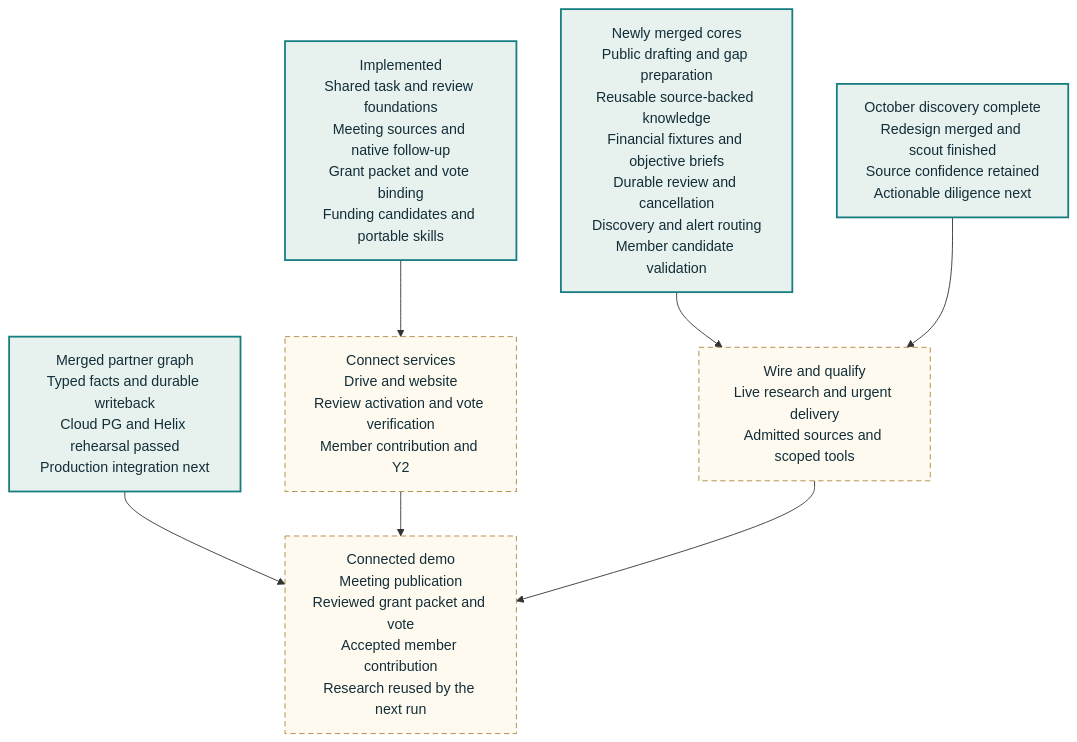
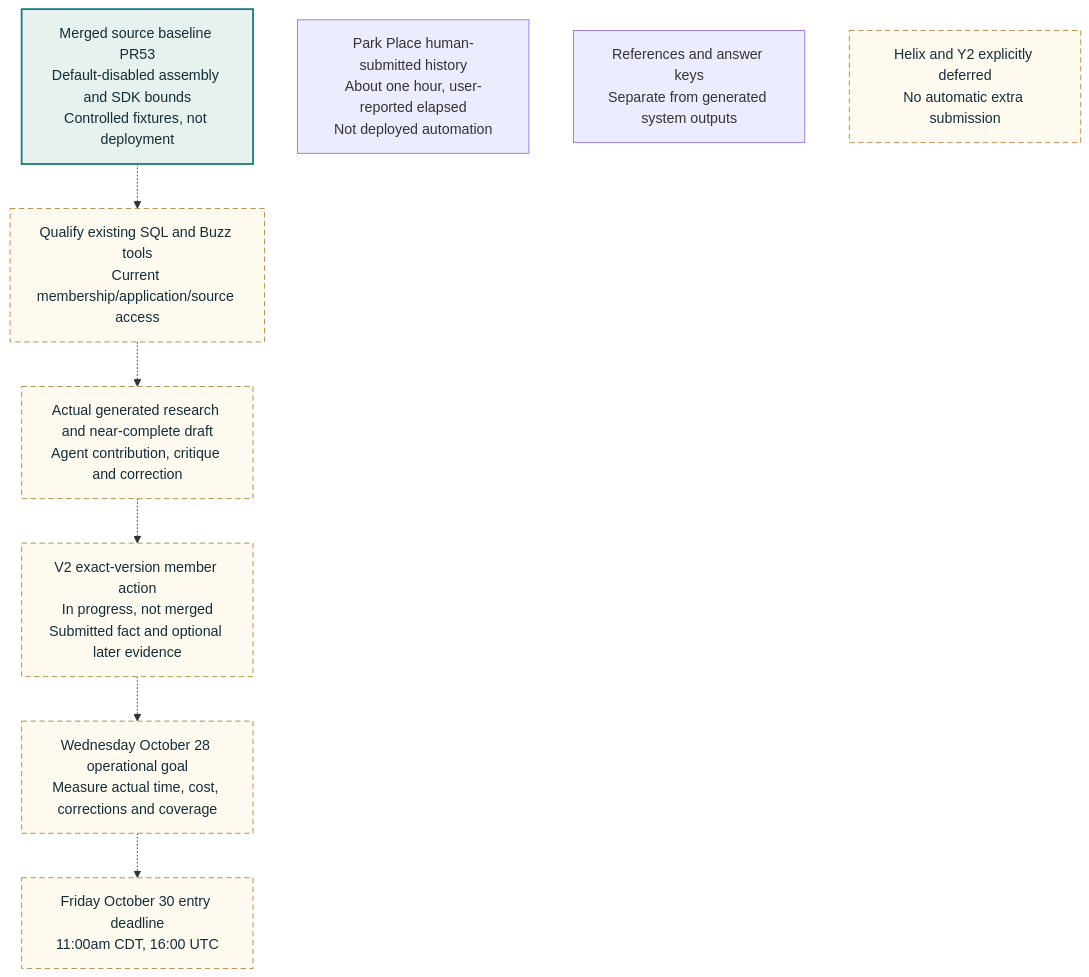
One commit to NetRxn/Inertia changed the diagram in docs/architecture/diagrams/funding-roadmap.mmd. Above: the diagram before and after it, drawn with Mermaid. The commit also changed 22 other files, not shown here.

Commit message:
docs: synchronize current member and Wednesday handoff contracts

```diff
--- a/docs/architecture/diagrams/funding-roadmap.mmd
+++ b/docs/architecture/diagrams/funding-roadmap.mmd
@@ -1,16 +1,17 @@
 flowchart TB
- I["Implemented<br/>Shared task and review foundations<br/>Meeting sources and native follow-up<br/>Grant packet and vote binding<br/>Funding candidates and portable skills"]
- P["Newly merged cores<br/>Public drafting and gap preparation<br/>Reusable source-backed knowledge<br/>Financial fixtures and objective briefs<br/>Durable review and cancellation<br/>Discovery and alert routing<br/>Member candidate validation"]
- P --> Q["Wire and qualify<br/>Live research and urgent delivery<br/>Admitted sources and scoped tools"]
- D["October discovery complete<br/>Redesign merged and scout finished<br/>Source confidence retained<br/>Actionable diligence next"] --> Q
- I --> X["Connect services<br/>Drive and website<br/>Review activation and vote verification<br/>Member contribution and Y2"]
- K["Merged partner graph<br/>Typed facts and durable writeback<br/>Cloud PG and Helix rehearsal passed<br/>Production integration next"] --> DEMO["Connected demo<br/>Meeting publication<br/>Reviewed grant packet and vote<br/>Accepted member contribution<br/>Research reused by the next run"]
- X --> DEMO
- Q --> DEMO
- class I,D,P,K core
- class Q,X,DEMO planned
+ I["Merged source baseline PR53<br/>Default-disabled assembly and SDK bounds<br/>Controlled fixtures, not deployment"]
+ I -.-> A["Qualify existing SQL and Buzz tools<br/>Current membership/application/source access"]
+ A -.-> D["Actual generated research and near-complete draft<br/>Agent contribution, critique and correction"]
+ D -.-> V["V2 exact-version member action<br/>In progress, not merged<br/>Submitted fact and optional later evidence"]
+ V -.-> W["Wednesday October 28 operational goal<br/>Measure actual time, cost, corrections and coverage"]
+ W -.-> F["Friday October 30 entry deadline<br/>11:00am CDT, 16:00 UTC"]
+ P["Park Place human-submitted history<br/>About one hour, user-reported elapsed<br/>Not deployed automation"]
+ R["References and answer keys<br/>Separate from generated system outputs"]
+ L["Helix and Y2 explicitly deferred<br/>No automatic extra submission"]
+ class I core
+ class A,D,V,W,F,L planned
 
  classDef core fill:#e7f1ee,stroke:#157d80,color:#132e38,stroke-width:2px
  classDef planned fill:#fffaf0,stroke:#b1853e,color:#132e38,stroke-dasharray:6 4
  classDef reviewed fill:#f5f0ff,stroke:#8064a2,color:#132e38
  classDef store fill:#edf2f7,stroke:#61788b,color:#132e38
```
